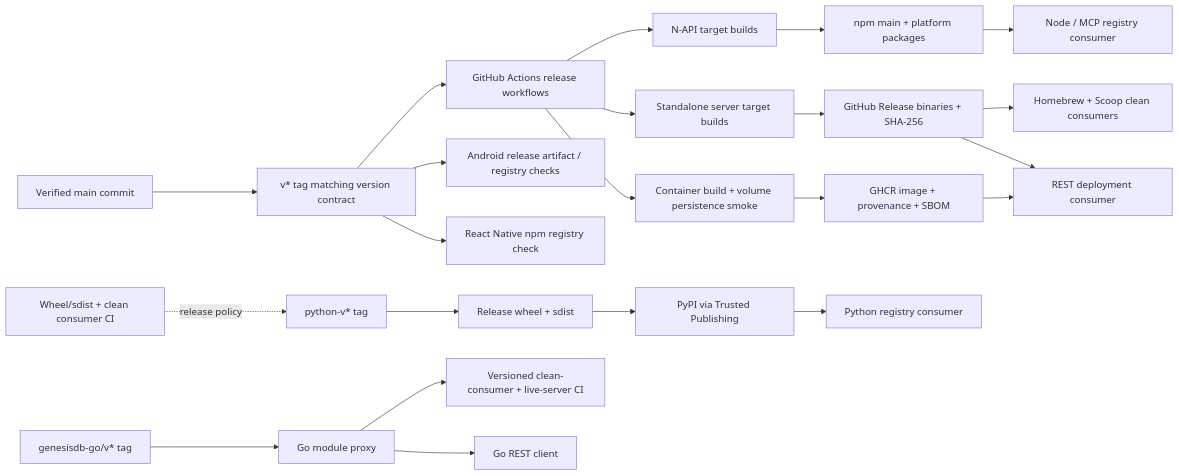
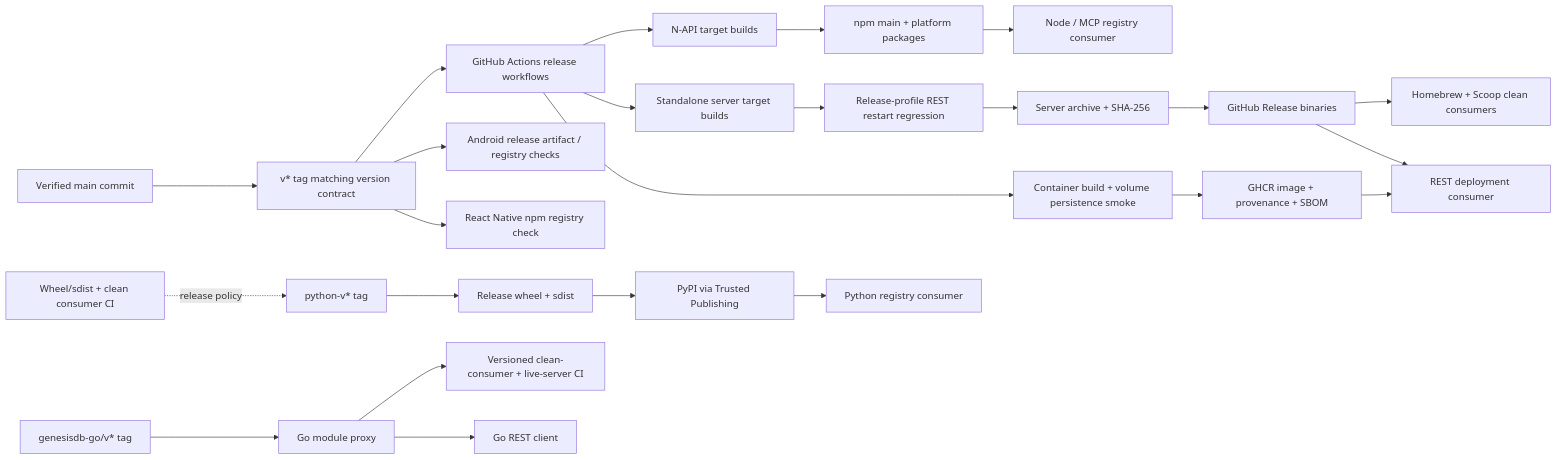
The third of 3 diagrams in docs/C4--GENESISDB-ARCHITECTURE.md (Freshair129/GenesisBlock), drawn with Mermaid before and after one commit. The commit also changed other lines of this file and 11 other files, not shown here.

First line of the commit message:
test: gate standalone server restart recovery

````diff
--- a/docs/C4--GENESISDB-ARCHITECTURE.md
+++ b/docs/C4--GENESISDB-ARCHITECTURE.md
@@ -302,26 +304,28 @@
 ```mermaid
 flowchart LR
     main["Verified main commit"] --> engineTag["v* tag matching version contract"]
     engineTag --> releaseActions["GitHub Actions release workflows"]
     releaseActions --> napiBuild["N-API target builds"]
     napiBuild --> npm["npm main + platform packages"]
     releaseActions --> serverBuild["Standalone server target builds"]
-    serverBuild --> ghRelease["GitHub Release binaries + SHA-256"]
+    serverBuild --> serverRecovery["Release-profile REST restart regression"]
+    serverRecovery --> serverPackage["Server archive + SHA-256"]
+    serverPackage --> ghRelease["GitHub Release binaries"]
     releaseActions --> containerSmoke["Container build + volume persistence smoke"]
     containerSmoke --> ghcr["GHCR image + provenance + SBOM"]
     engineTag --> android["Android release artifact / registry checks"]
     engineTag --> rn["React Native npm registry check"]
     ghRelease --> packageManagers["Homebrew + Scoop clean consumers"]
 
     pythonCi["Wheel/sdist + clean consumer CI"] -. release policy .-> pythonTag["python-v* tag"]
     pythonTag --> pypiBuild["Release wheel + sdist"]
     pypiBuild --> pypi["PyPI via Trusted Publishing"]
     goTag["genesisdb-go/v* tag"] --> goProxy["Go module proxy"]
     goProxy --> goCheck["Versioned clean-consumer + live-server CI"]
 
     npm --> consumerNpm["Node / MCP registry consumer"]
     ghRelease --> consumerServer["REST deployment consumer"]
     ghcr --> consumerServer
     pypi --> consumerPython["Python registry consumer"]
     goProxy --> consumerGo["Go REST client"]
 ```
````
